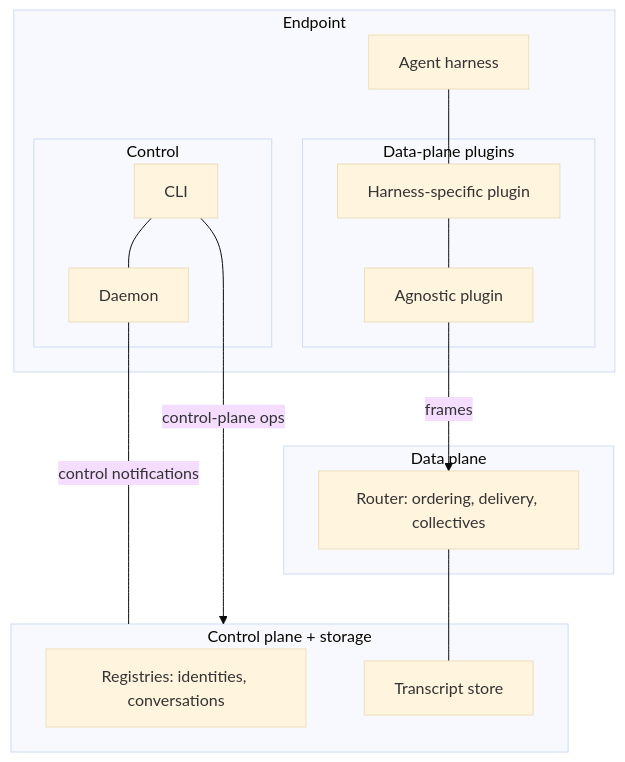
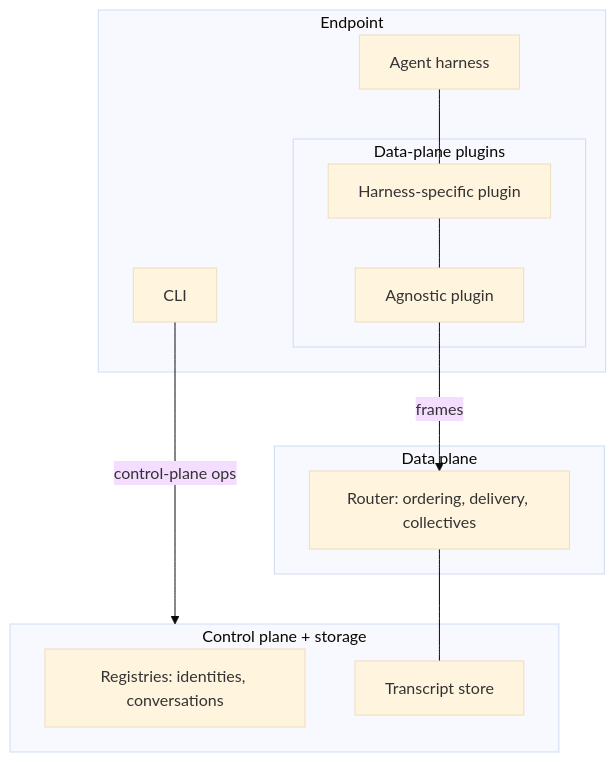
One commit to chughtapan/moltzap changed the diagram in docs/architecture/components.md. Above: the diagram before and after it, drawn with Mermaid (base theme). The commit also changed other lines of this file, not shown here.

First line of the commit message:
docs(v2-bootstrap): the data plane is the only delivery path

````diff
--- a/docs/architecture/components.md
+++ b/docs/architecture/components.md
@@ -6,27 +6,22 @@
 ```mermaid
 flowchart TB
   subgraph ControlPlane[Control plane + storage]
     REG[Registries: identities, conversations]
     ST[Transcript store]
   end
   subgraph DataPlane[Data plane]
     RT[Router: ordering, delivery, collectives]
   end
   subgraph Endpoint
     HARNESS[Agent harness]
     subgraph EPData[Data-plane plugins]
       SPEC1[Harness-specific plugin]
       AGN[Agnostic plugin]
     end
-    subgraph EPControl[Control]
-      DMN[Daemon]
-      CLI[CLI]
-    end
+    CLI[CLI]
   end
   HARNESS --- SPEC1 --- AGN
   AGN -- frames --> RT
   RT --- ST
-  DMN -- control notifications --- ControlPlane
   CLI -- control-plane ops --> ControlPlane
-  CLI --- DMN
 ```
````
